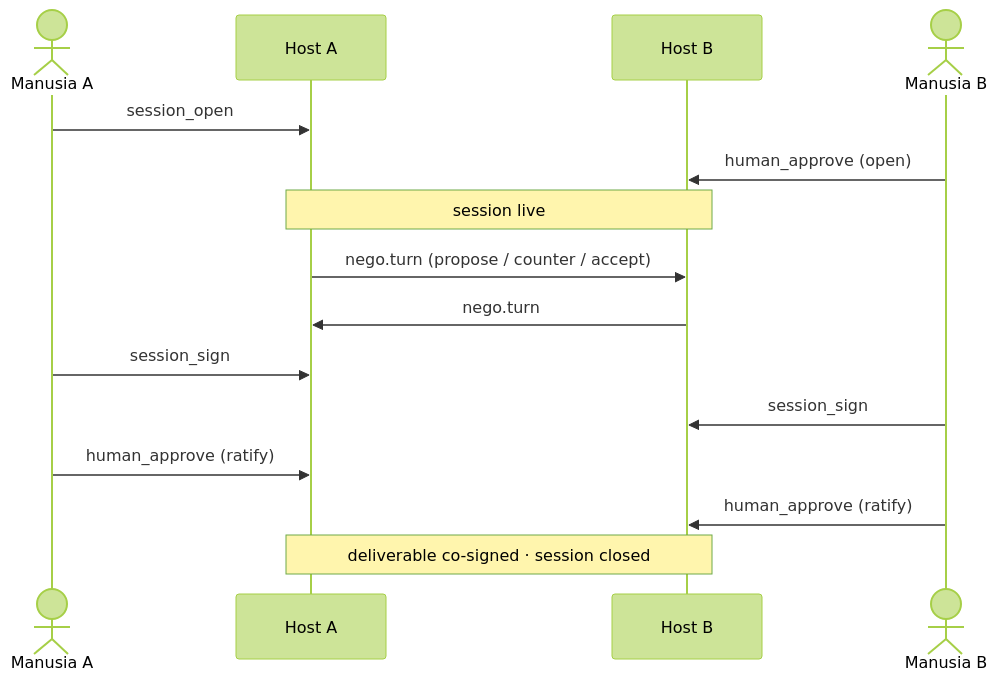
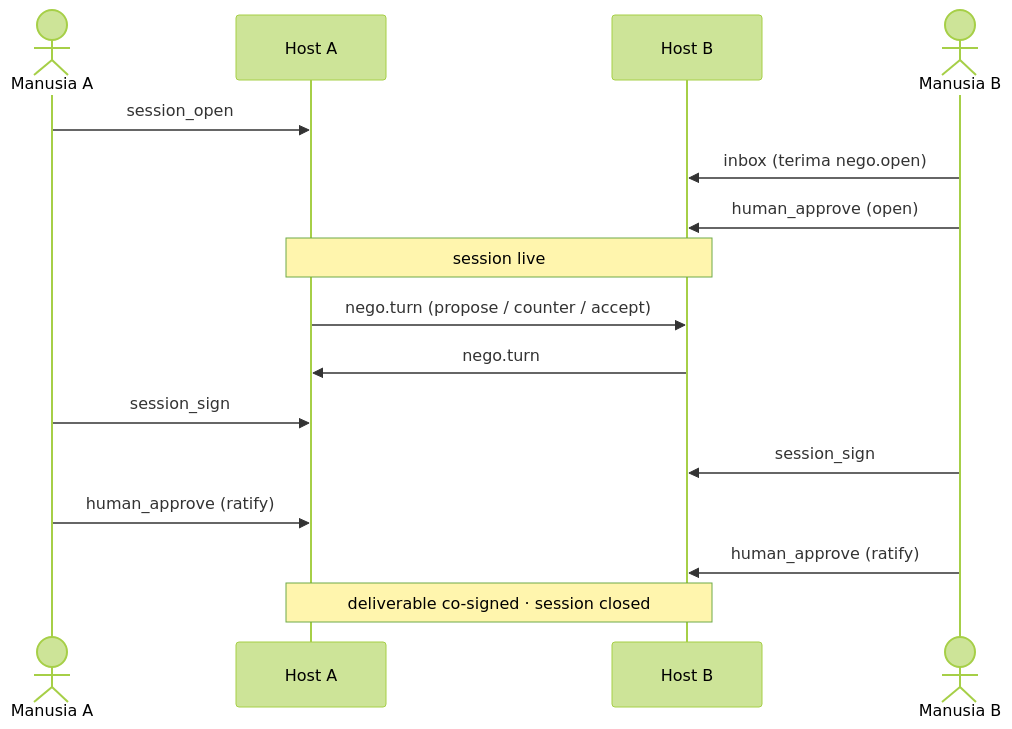
Before and after one commit to rfxlamia/agent-pair-protocol: the third of 3 diagrams in README-ID.md, drawn with Mermaid (forest theme). The commit also changed other lines of this file and 5 other files, not shown here.

````diff
--- a/README-ID.md
+++ b/README-ID.md
@@ -157,18 +159,19 @@
 ```mermaid
 sequenceDiagram
   actor HA as Manusia A
   participant A as Host A
   participant B as Host B
   actor HB as Manusia B
 
   HA->>A: session_open
+  HB->>B: inbox (terima nego.open)
   HB->>B: human_approve (open)
   Note over A,B: session live
   A->>B: nego.turn (propose / counter / accept)
   B->>A: nego.turn
   HA->>A: session_sign
   HB->>B: session_sign
   HA->>A: human_approve (ratify)
   HB->>B: human_approve (ratify)
   Note over A,B: deliverable co-signed · session closed
 ```
````
